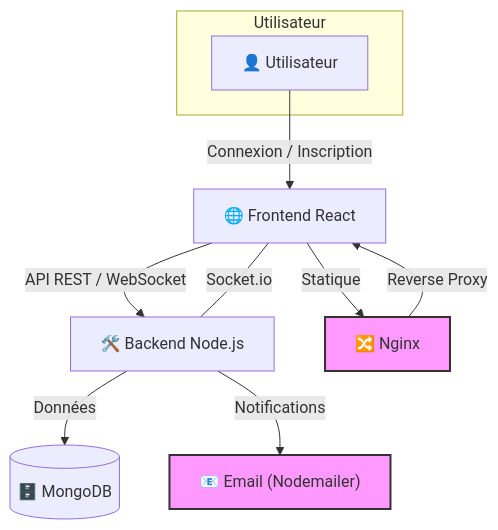
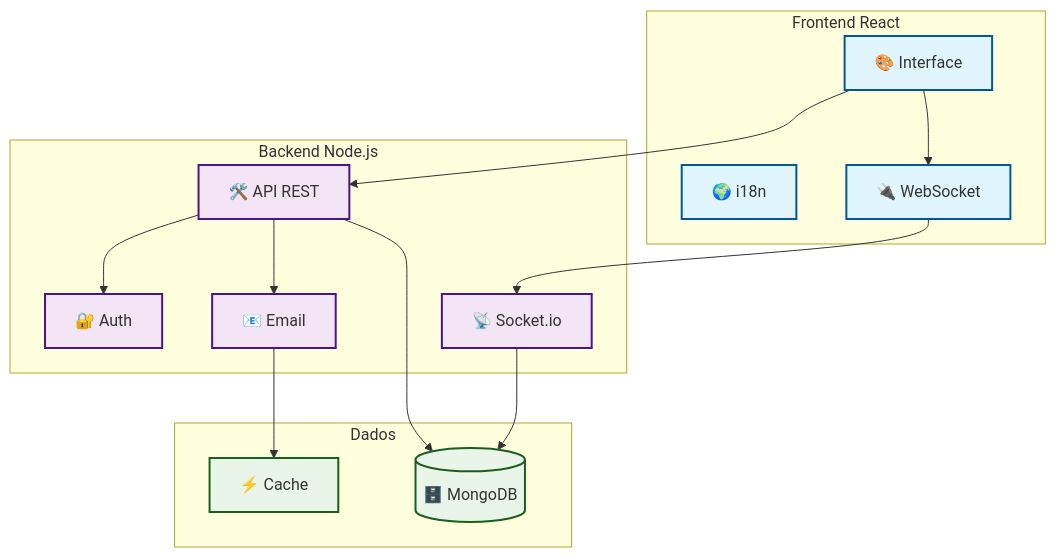
One commit to Sen2pi/mesnotescolab changed the first of 3 diagrams in README.md. Above: the diagram before and after it, drawn with Mermaid. The commit also changed other lines of this file and 170 other files, not shown here.

````diff
--- a/README.md
+++ b/README.md
@@ -42,15 +130,37 @@
 ```mermaid
 flowchart TD
-  subgraph Utilisateur
-    U1["👤 Utilisateur"]
+  subgraph "Frontend React"
+    UI["🎨 Interface"]
+    I18N["🌍 i18n"]
+    WS["🔌 WebSocket"]
   end
-  U1 -- "Connexion / Inscription" --> FE["🌐 Frontend React"]
-  FE -- "API REST / WebSocket" --> BE["🛠️ Backend Node.js"]
-  BE -- "Données" --> DB[("🗄️ MongoDB")]
-  BE -- "Notifications" --> MAIL["📧 Email (Nodemailer)"]
-  FE -- "Socket.io" --- BE
-  FE -- "Statique" --> NGINX["🔀 Nginx"]
-  NGINX -- "Reverse Proxy" --> FE
-  classDef cloud fill:#f9f,stroke:#333,stroke-width:2px;
-  class NGINX,MAIL cloud;
+  
+  subgraph "Backend Node.js"
+    API["🛠️ API REST"]
+    AUTH["🔐 Auth"]
+    SOCKET["📡 Socket.io"]
+    EMAIL["📧 Email"]
+  end
+  
+  subgraph "Dados"
+    DB[("🗄️ MongoDB")]
+    CACHE["⚡ Cache"]
+  end
+  
+  UI --> API
+  UI --> WS
+  WS --> SOCKET
+  API --> AUTH
+  API --> EMAIL
+  API --> DB
+  SOCKET --> DB
+  EMAIL --> CACHE
+  
+  classDef frontend fill:#e1f5fe,stroke:#01579b,stroke-width:2px
+  classDef backend fill:#f3e5f5,stroke:#4a148c,stroke-width:2px
+  classDef data fill:#e8f5e8,stroke:#1b5e20,stroke-width:2px
+  
+  class UI,I18N,WS frontend
+  class API,AUTH,SOCKET,EMAIL backend
+  class DB,CACHE data
 ```
````
